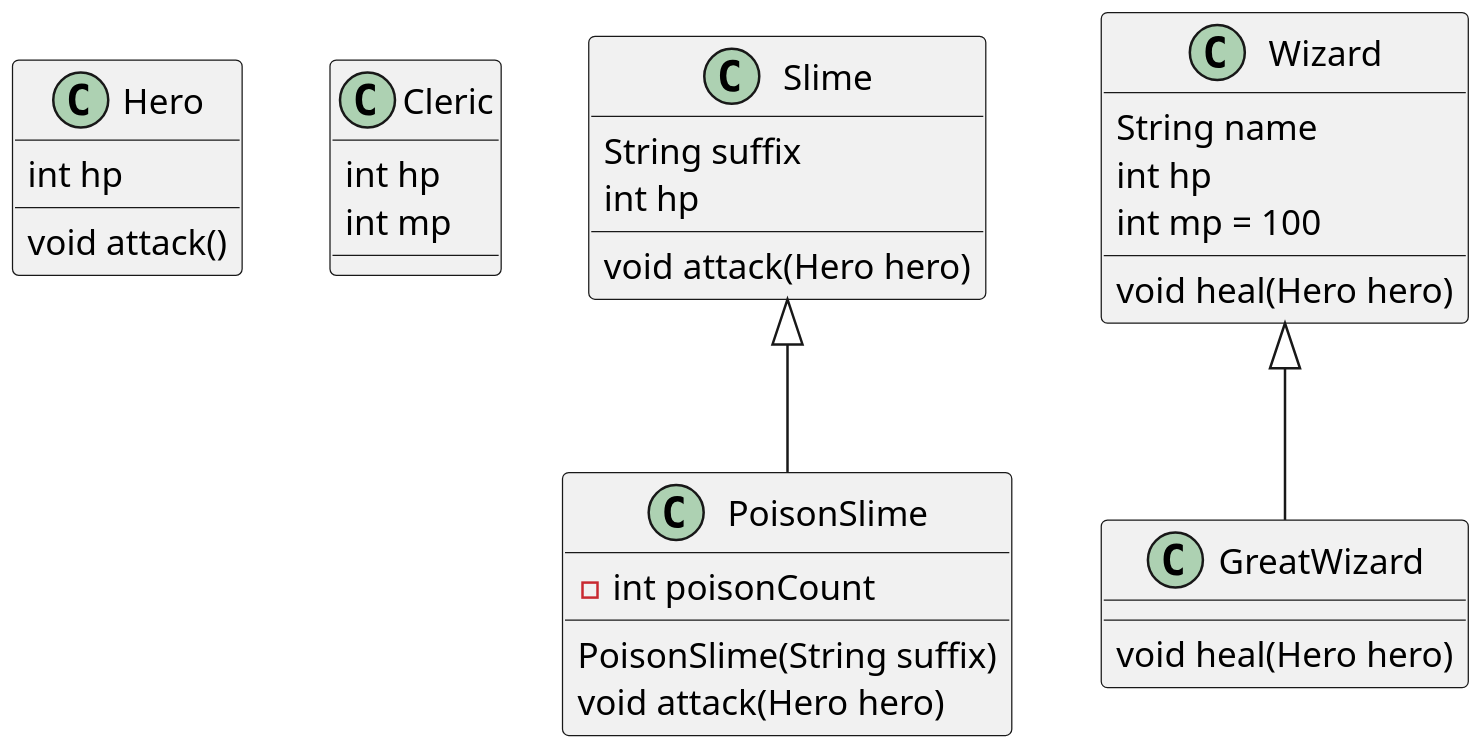
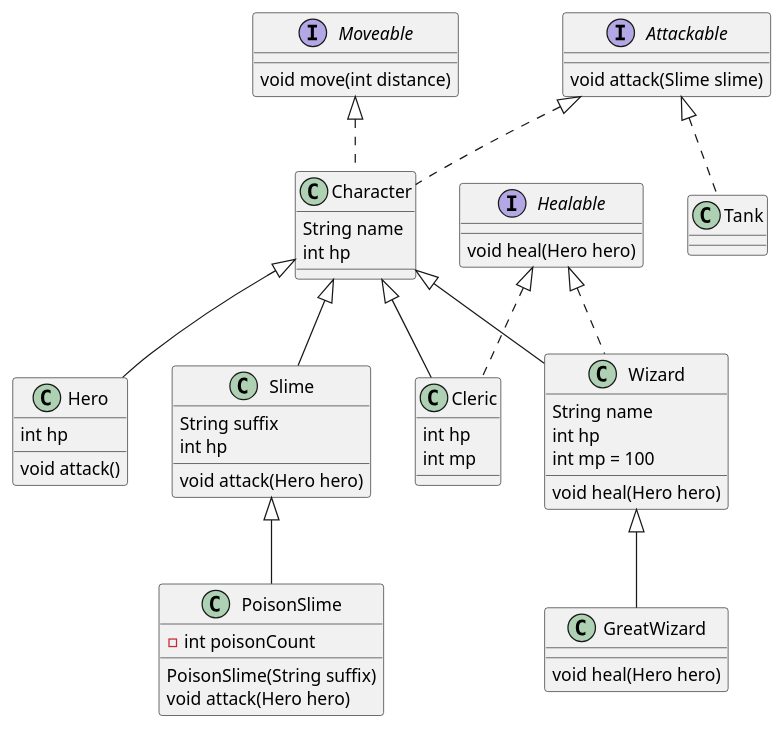
The diagram in src/main/java/com/survivalcoding/day01_class_instance/game.puml (SurvivalCodingCampus/gangnam3-java-oop), drawn with PlantUML before and after one commit. The commit also changed 4 other files, not shown here.

```diff
--- a/src/main/java/com/survivalcoding/day01_class_instance/game.puml
+++ b/src/main/java/com/survivalcoding/day01_class_instance/game.puml
@@ -1,41 +1,72 @@
 @startuml
-scale 2
+scale 1
 
 Hero : int hp
 Hero : void attack()
 
 Cleric : int hp
 Cleric : int mp
 
 Slime <|-- PoisonSlime
 Slime : String suffix
 Slime : int hp
 Slime : void attack(Hero hero)
 
 PoisonSlime : - int poisonCount
 PoisonSlime : PoisonSlime(String suffix)
 PoisonSlime : void attack(Hero hero)
 
 Wizard : String name
 Wizard : int hp
 Wizard : int mp = 100
 Wizard : void heal(Hero hero)
 
 Wizard <|-- GreatWizard
 GreatWizard : void heal(Hero hero)
 
 
 
 'SuperHero : bool isFlying
 'SuperHero : void fly()
 'SuperHero : void land()
 '
 'Character <|-- Hero
 'Character <|-- Cleric
 'Character <|-- Wizard
 'Wizard : int mp
 'Wizard : void heal(Hero hero)
 '
 'Wizard <|-- GreatWizard
 
+abstract class Character
+
+Character : String name
+Character : int hp
+'Character : {abstract} void attack(Slime slime)
+
+Character <|-- Hero
+Character <|-- Cleric
+Character <|-- Wizard
+Character <|-- Slime
+
+interface Attackable {
+    void attack(Slime slime)
+}
+
+interface Moveable {
+    void move(int distance)
+}
+
+interface Healable {
+    void heal(Hero hero)
+}
+
+class Character implements Attackable, Moveable {}
+
+class Tank implements Attackable {}
+
+Healable <|.. Cleric
+Healable <|.. Wizard
+
+
 @enduml
```
